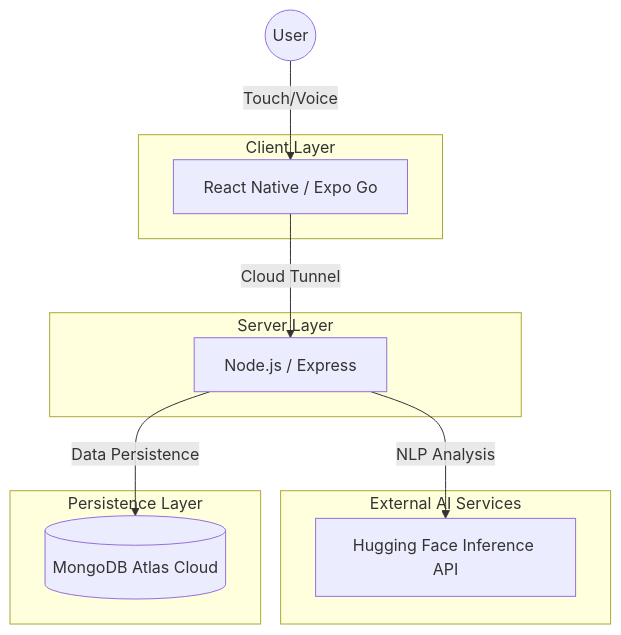
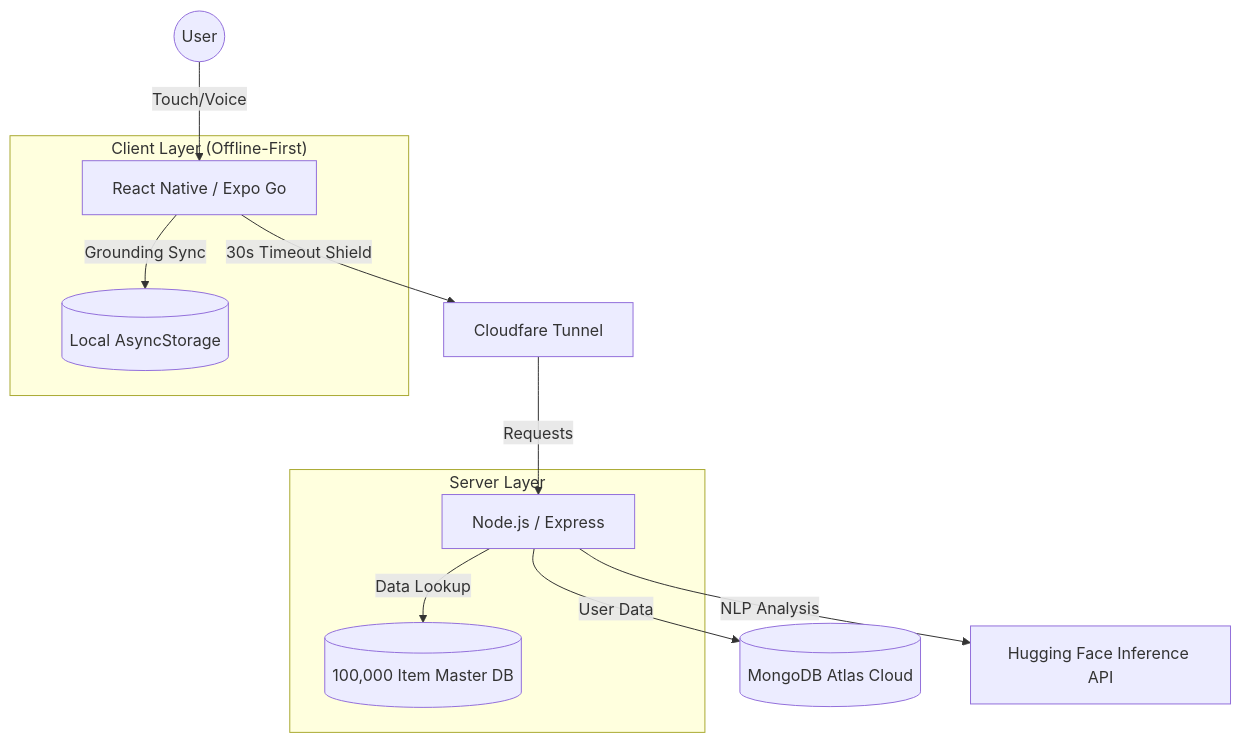
Before and after one commit to Darkjak361/MoodMate: the diagram in README.md, drawn with Mermaid. The commit also changed other lines of this file and 7 other files, not shown here.

````diff
--- a/README.md
+++ b/README.md
@@ -16,23 +16,18 @@
 ```mermaid
 graph TD
     User((User)) -->|Touch/Voice| Frontend[React Native / Expo Go]
-    Frontend -->|Cloud Tunnel| Backend[Node.js / Express]
-    Backend -->|Data Persistence| DB[(MongoDB Atlas Cloud)]
+    Frontend -->|30s Timeout Shield| Tunnel[Cloudfare Tunnel]
+    Tunnel -->|Requests| Backend[Node.js / Express]
+    Backend -->|Data Lookup| JSON[(100,000 Item Master DB)]
+    Backend -->|User Data| DB[(MongoDB Atlas Cloud)]
     Backend -->|NLP Analysis| AI[Hugging Face Inference API]
     
-    subgraph "Client Layer"
-        Frontend
+    subgraph "Client Layer (Offline-First)"
+        Frontend -->|Grounding Sync| Storage[(Local AsyncStorage)]
     end
     
     subgraph "Server Layer"
         Backend
-    end
-    
-    subgraph "External AI Services"
-        AI
-    end
-    
-    subgraph "Persistence Layer"
-        DB
+        JSON
     end
 ```
````
